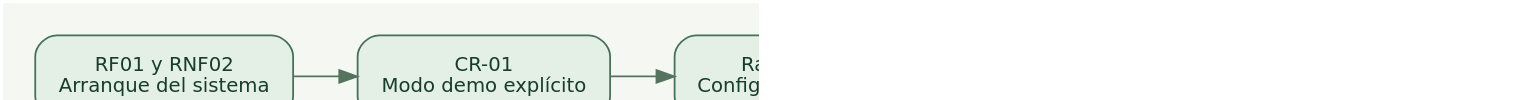
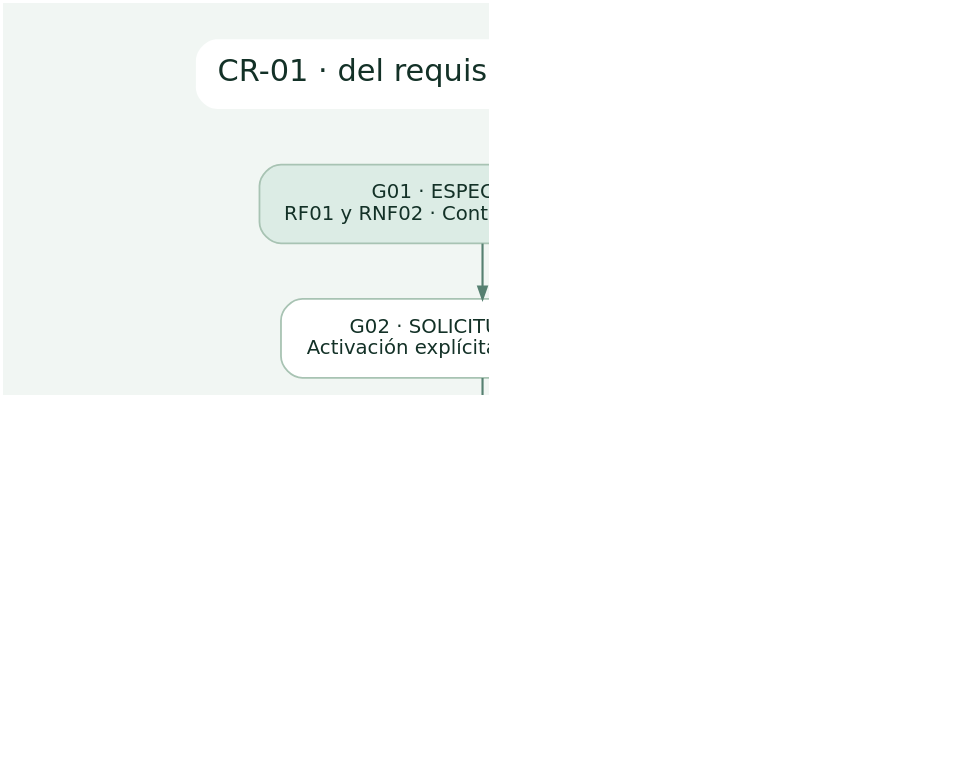
Before and after one commit to MauricioZegarra/AgroRetorno: the diagram in entregables/G02_Proceso_Requerimientos/trazabilidad/visuales/trazabilidad-cr01.dot, drawn with Graphviz. The commit also changed 17 other files, not shown here.

Commit message:
docs(g02): verificar CR-01 con PostgreSQL y consolidar el informe

```diff
--- a/entregables/G02_Proceso_Requerimientos/trazabilidad/visuales/trazabilidad-cr01.dot
+++ b/entregables/G02_Proceso_Requerimientos/trazabilidad/visuales/trazabilidad-cr01.dot
@@ -1,11 +1,17 @@
-digraph Cambio {
-  graph [bgcolor="#F4F7F2", rankdir=LR, pad=0.25, nodesep=0.40, ranksep=0.50, dpi=150];
-  node [shape=box, style="rounded,filled", fontname="DejaVu Sans", fontsize=11, margin="0.18,0.15", color="#477159", fontcolor="#173D2C", fillcolor="#E4EFE6"];
-  edge [color="#54745E"];
-  requisito [label="RF01 y RNF02\nArranque del sistema"];
-  solicitud [label="CR-01\nModo demo explícito"];
-  rama [label="Rama SVN · r6\nConfiguración y prueba"];
-  integracion [label="Trunk · r9\nMerge y regresión"];
-  etiqueta [label="v1.0.0\nVersión de práctica", fillcolor="#F8E8D5", color="#A16B38"];
-  requisito -> solicitud -> rama -> integracion -> etiqueta;
+digraph G02 {
+  graph [bgcolor="#F1F6F3", rankdir=TB, pad=0.28, nodesep=0.32, ranksep=0.43, dpi=150];
+  node [shape=box, style="rounded,filled", fontname="DejaVu Sans", fontsize=11,
+        margin="0.20,0.14", color="#A8C3B3", fontcolor="#133127", fillcolor="#FFFFFF"];
+  edge [color="#568071", penwidth=1.2, arrowsize=0.68];
+  title [shape=plaintext, fontsize=17, label="CR-01 · del requisito a la evidencia"];
+  g01 [label="G01 · ESPECIFICACIÓN\nRF01 y RNF02 · Control complementario", fillcolor="#DCECE5"];
+  g02 [label="G02 · SOLICITUD Y DISEÑO\nActivación explícita del modo demo"];
+  codigo [label="IMPLEMENTACIÓN\nGit del cambio · SVN r6"];
+  prueba [label="VERIFICACIÓN\nJUnit · arranques PostgreSQL · restauración"];
+  g05 [label="G05 · INTEGRACIÓN Y RESPALDO\nMerge r9 · etiqueta r11 · dump r12", fillcolor="#DCECE5"];
+  decision [label="CIERRE ACADÉMICO\nAprobación y ejecución personal por registrar", fillcolor="#FAEDDC", color="#D8B289"];
+  title -> g01 [style=invis];
+  g01 -> g02 -> codigo -> prueba -> g05;
+  prueba -> decision [style=dashed];
+  { rank=same; g05; decision; }
 }
```
